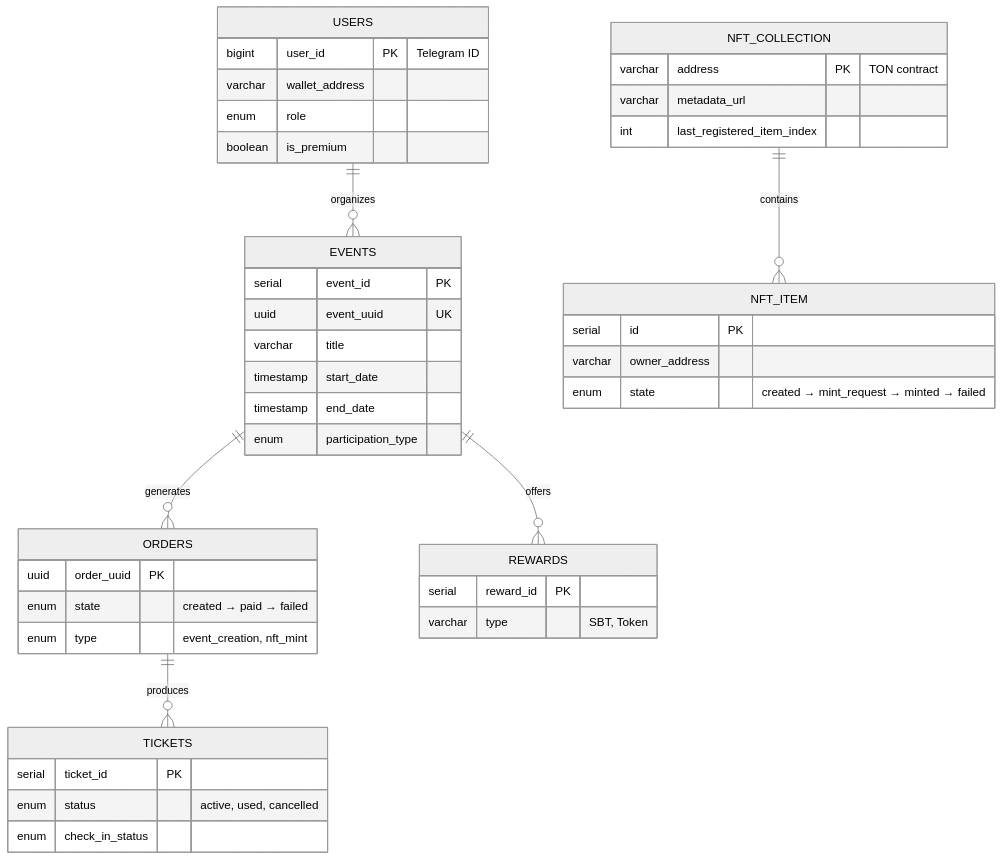
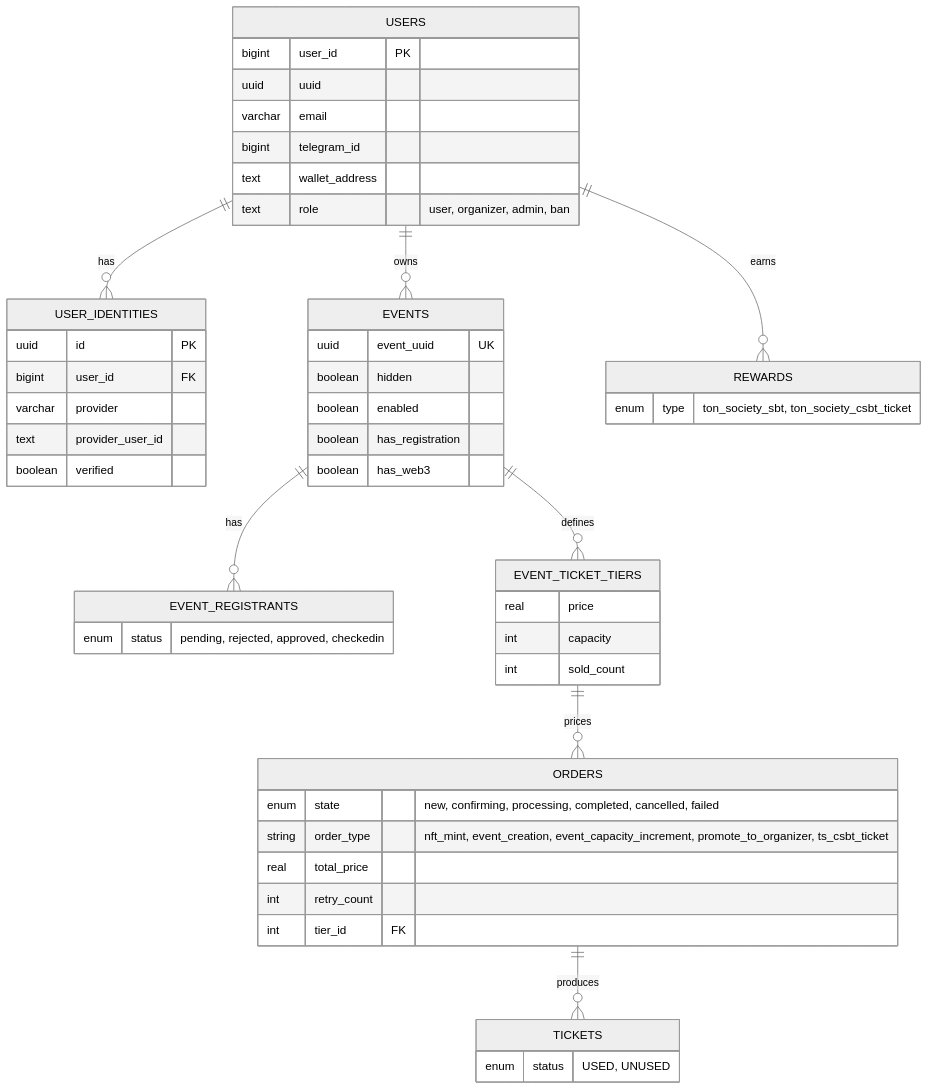
One commit to ExecutESG/onton changed the second of 4 diagrams in knowledge_base/architecture_blueprint.md. Above: the diagram before and after it, drawn with Mermaid (neutral theme). The commit also changed other lines of this file and 41 other files, not shown here.

````diff
--- a/knowledge_base/architecture_blueprint.md
+++ b/knowledge_base/architecture_blueprint.md
@@ -176,47 +122,54 @@
 ```mermaid
 erDiagram
     USERS {
-        bigint user_id PK "Telegram ID"
-        varchar wallet_address
-        enum role
-        boolean is_premium
+        bigint user_id PK
+        uuid uuid
+        varchar email
+        bigint telegram_id
+        text wallet_address
+        text role "user, organizer, admin, ban"
+    }
+    USER_IDENTITIES {
+        uuid id PK
+        bigint user_id FK
+        varchar provider
+        text provider_user_id
+        boolean verified
     }
     EVENTS {
-        serial event_id PK
         uuid event_uuid UK
-        varchar title
-        timestamp start_date
-        timestamp end_date
-        enum participation_type
+        boolean hidden
+        boolean enabled
+        boolean has_registration
+        boolean has_web3
+    }
+    EVENT_REGISTRANTS {
+        enum status "pending, rejected, approved, checkedin"
     }
     ORDERS {
-        uuid order_uuid PK
-        enum state "created → paid → failed"
-        enum type "event_creation, nft_mint"
+        enum state "new, confirming, processing, completed, cancelled, failed"
+        string order_type "nft_mint, event_creation, event_capacity_increment, promote_to_organizer, ts_csbt_ticket"
+        real total_price
+        int retry_count
+        int tier_id FK
+    }
+    EVENT_TICKET_TIERS {
+        real price
+        int capacity
+        int sold_count
     }
     TICKETS {
-        serial ticket_id PK
-        enum status "active, used, cancelled"
-        enum check_in_status
+        enum status "USED, UNUSED"
     }
     REWARDS {
-        serial reward_id PK
-        varchar type "SBT, Token"
-    }
-    NFT_COLLECTION {
-        varchar address PK "TON contract"
-        varchar metadata_url
-        int last_registered_item_index
-    }
-    NFT_ITEM {
-        serial id PK
-        varchar owner_address
-        enum state "created → mint_request → minted → failed"
+        enum type "ton_society_sbt, ton_society_csbt_ticket"
     }
 
-    USERS ||--o{ EVENTS : organizes
-    EVENTS ||--o{ ORDERS : generates
+    USERS ||--o{ USER_IDENTITIES : has
+    USERS ||--o{ EVENTS : owns
+    EVENTS ||--o{ EVENT_REGISTRANTS : has
+    EVENTS ||--o{ EVENT_TICKET_TIERS : defines
+    EVENT_TICKET_TIERS ||--o{ ORDERS : prices
     ORDERS ||--o{ TICKETS : produces
-    EVENTS ||--o{ REWARDS : offers
-    NFT_COLLECTION ||--o{ NFT_ITEM : contains
+    USERS ||--o{ REWARDS : earns
 ```
````
